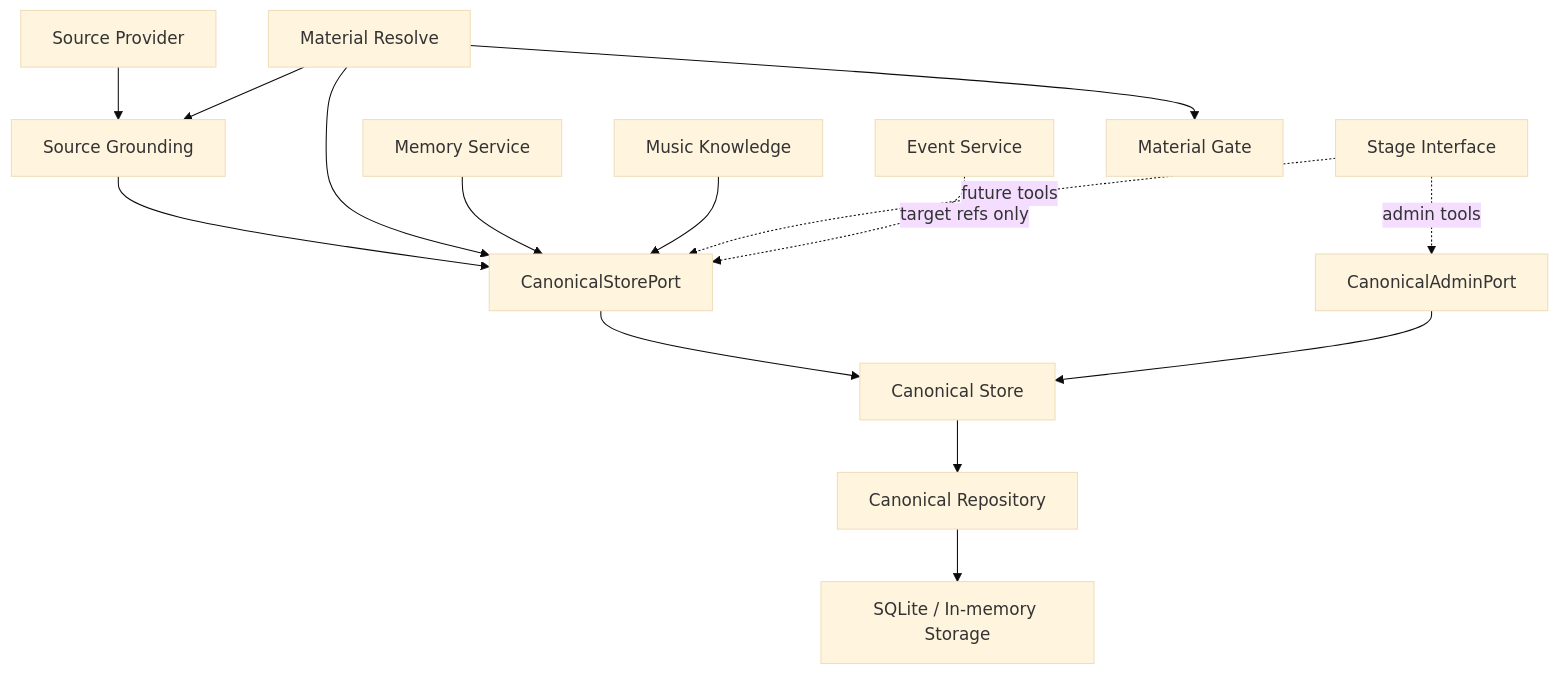
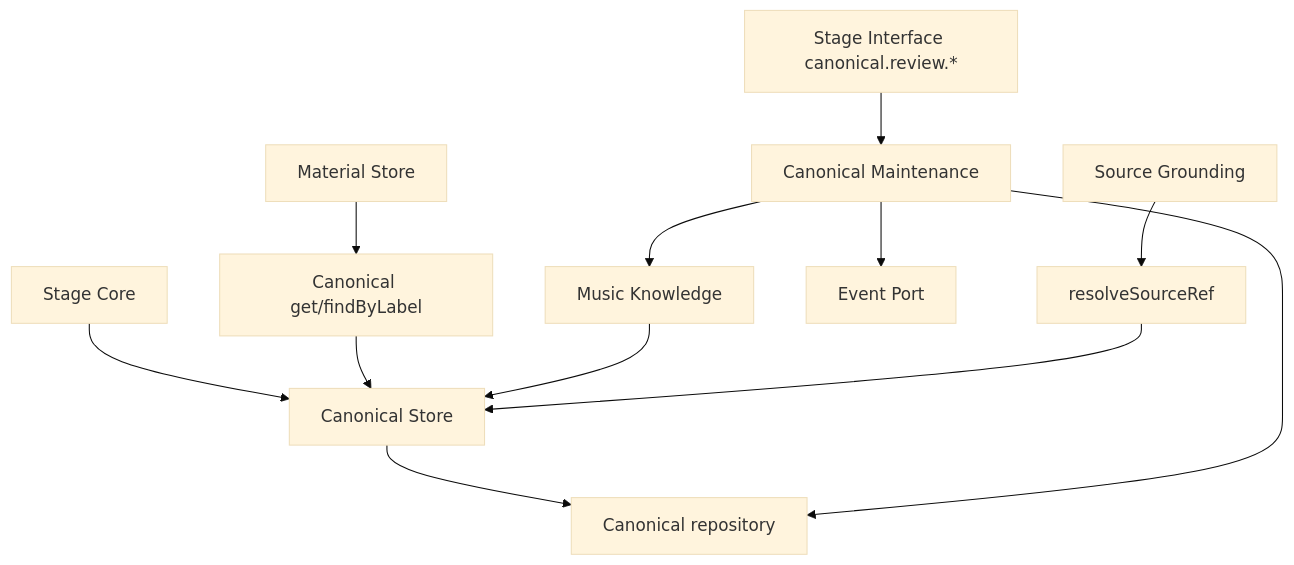
Before and after one commit to Odefined/MineMusic: the diagram in docs/canonical-store/design.md, drawn with Mermaid (base theme). The commit also changed other lines of this file and 29 other files, not shown here.

Commit message:
docs: align material store and canonical documentation

````diff
--- a/docs/canonical-store/design.md
+++ b/docs/canonical-store/design.md
@@ -102,31 +42,14 @@
 ```mermaid
 flowchart TD
-    MaterialResolve["Material Resolve"]
-    SourceGrounding["Source Grounding"]
-    Memory["Memory Service"]
-    Events["Event Service"]
-    Knowledge["Music Knowledge"]
-    StageInterface["Stage Interface"]
-    CanonicalPort["CanonicalStorePort"]
-    AdminPort["CanonicalAdminPort"]
-    CanonicalStore["Canonical Store"]
-    Repository["Canonical Repository"]
-    Storage["SQLite / In-memory Storage"]
-    Provider["Source Provider"]
-    MaterialGate["Material Gate"]
-
-    Provider --> SourceGrounding
-    SourceGrounding --> CanonicalPort
-    MaterialResolve --> SourceGrounding
-    MaterialResolve --> CanonicalPort
-    Memory --> CanonicalPort
-    Knowledge --> CanonicalPort
-    StageInterface -. future tools .-> CanonicalPort
-    StageInterface -. admin tools .-> AdminPort
-    Events -. target refs only .-> CanonicalPort
-    CanonicalPort --> CanonicalStore
-    AdminPort --> CanonicalStore
-    CanonicalStore --> Repository
-    Repository --> Storage
-    MaterialResolve --> MaterialGate
+    StageCore["Stage Core"] --> Canonical["Canonical Store"]
+    Canonical --> Repo["Canonical repository"]
+    MaterialStore["Material Store"] --> CanonicalReads["Canonical get/findByLabel"]
+    CanonicalReads --> Canonical
+    StageInterface["Stage Interface canonical.review.*"] --> Maintenance["Canonical Maintenance"]
+    Maintenance --> Repo
+    Maintenance --> Knowledge["Music Knowledge"]
+    Maintenance --> Events["Event Port"]
+    Knowledge --> Canonical
+    SourceGrounding["Source Grounding"] --> CanonicalResolve["resolveSourceRef"]
+    CanonicalResolve --> Canonical
 ```
````
